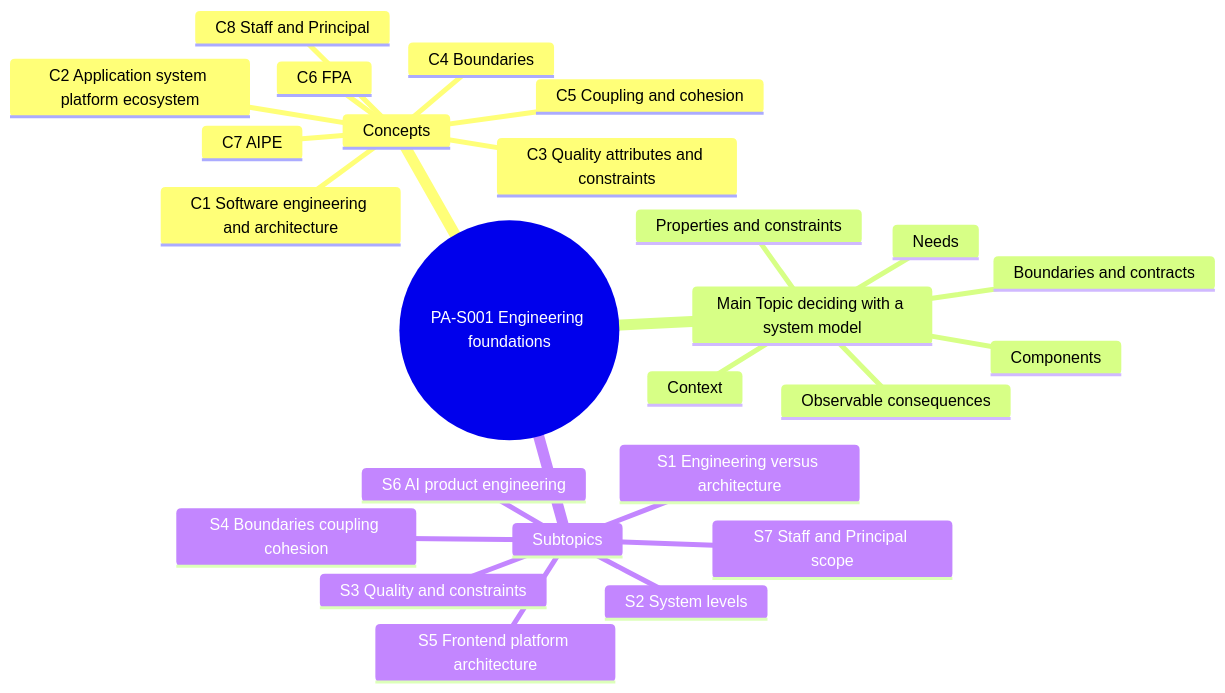
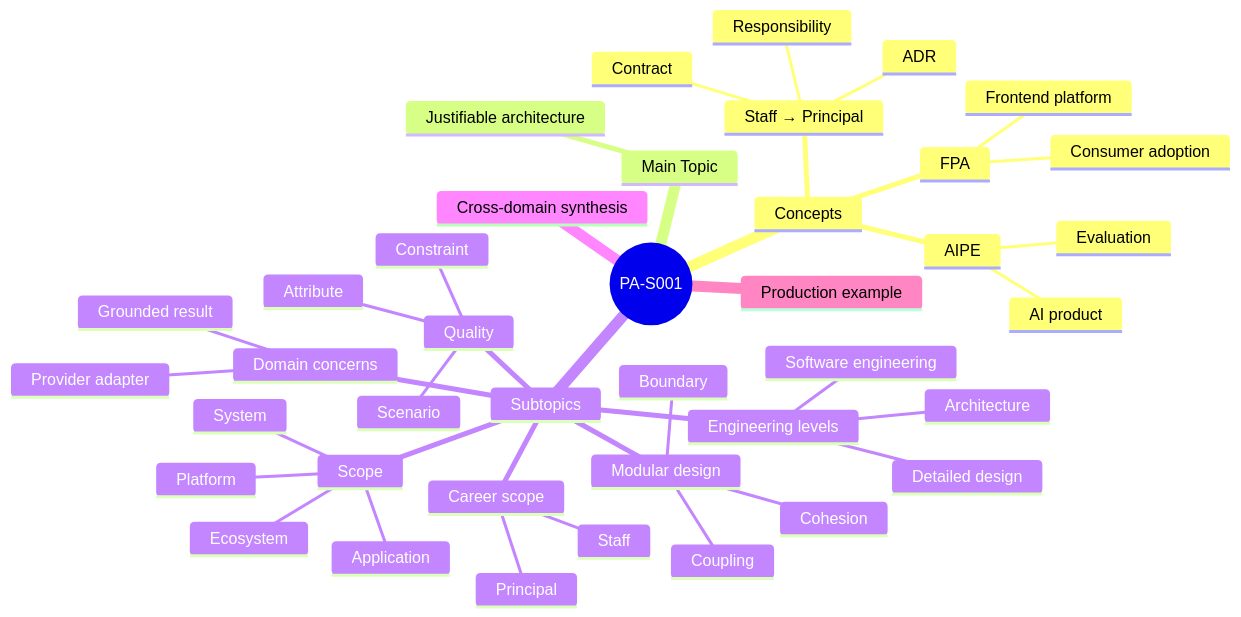
Before and after one commit to 714k/principal-accelerator-learning-path: the diagram in site/shared/diagrams/PA-S001/foundations.mmd, drawn with Mermaid. The commit also changed 57 other files, not shown here.

```diff
--- a/site/shared/diagrams/PA-S001/foundations.mmd
+++ b/site/shared/diagrams/PA-S001/foundations.mmd
@@ -1,26 +1,41 @@
 mindmap
-  root((PA-S001 Engineering foundations))
+  root((PA-S001))
     Concepts
-      C1 Software engineering and architecture
-      C2 Application system platform ecosystem
-      C3 Quality attributes and constraints
-      C4 Boundaries
-      C5 Coupling and cohesion
-      C6 FPA
-      C7 AIPE
-      C8 Staff and Principal
-    Main Topic deciding with a system model
-      Context
-      Needs
-      Properties and constraints
-      Boundaries and contracts
-      Components
-      Observable consequences
+      Staff → Principal
+        Responsibility
+        Contract
+        ADR
+      FPA
+        Frontend platform
+        Consumer adoption
+      AIPE
+        AI product
+        Evaluation
+    Main Topic
+      Justifiable architecture
     Subtopics
-      S1 Engineering versus architecture
-      S2 System levels
-      S3 Quality and constraints
-      S4 Boundaries coupling cohesion
-      S5 Frontend platform architecture
-      S6 AI product engineering
-      S7 Staff and Principal scope
+      Engineering levels
+        Software engineering
+        Architecture
+        Detailed design
+      Scope
+        Application
+        System
+        Platform
+        Ecosystem
+      Quality
+        Attribute
+        Constraint
+        Scenario
+      Modular design
+        Boundary
+        Coupling
+        Cohesion
+      Domain concerns
+        Provider adapter
+        Grounded result
+      Career scope
+        Staff
+        Principal
+    Cross-domain synthesis
+    Production example
```
